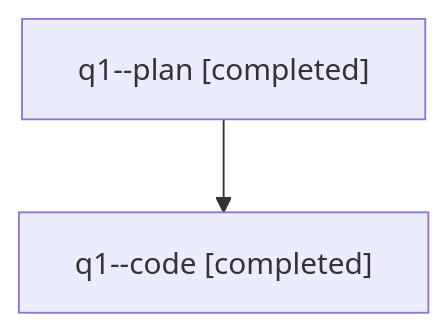
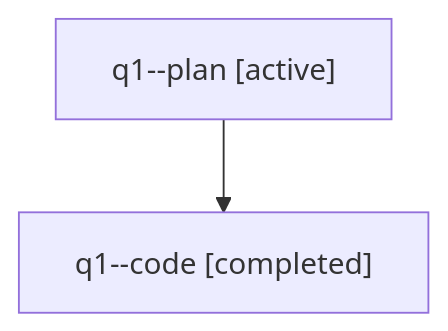
One commit to sase-org/sase--agents changed the diagram in families/bbugyi200.athena.q1.md. Above: the diagram before and after it, drawn with Mermaid. The commit also changed other lines of this file and 5813 other files, not shown here.

````diff
--- a/families/bbugyi200.athena.q1.md
+++ b/families/bbugyi200.athena.q1.md
@@ -9,6 +9,6 @@
 ```mermaid
 flowchart TD
-  n0["q1--plan [completed]"]
+  n0["q1--plan [active]"]
   n1["q1--code [completed]"]
   n0 --> n1
 ```
````
